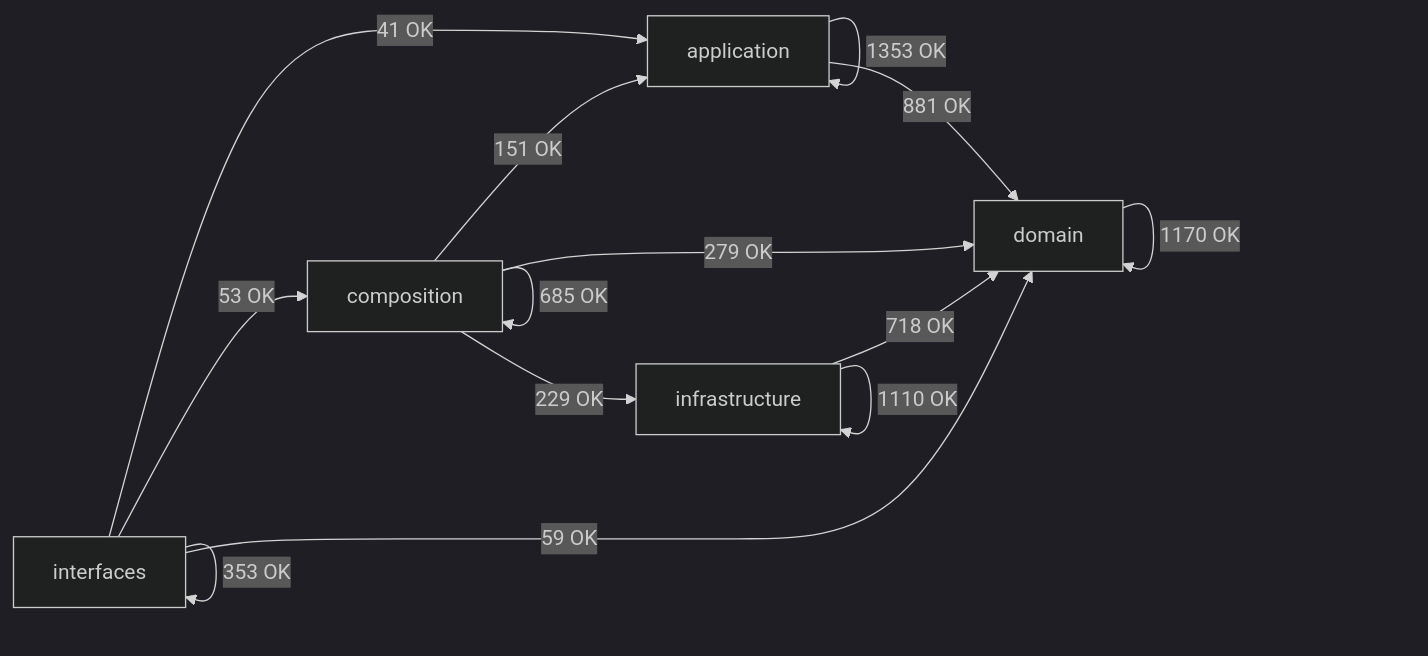
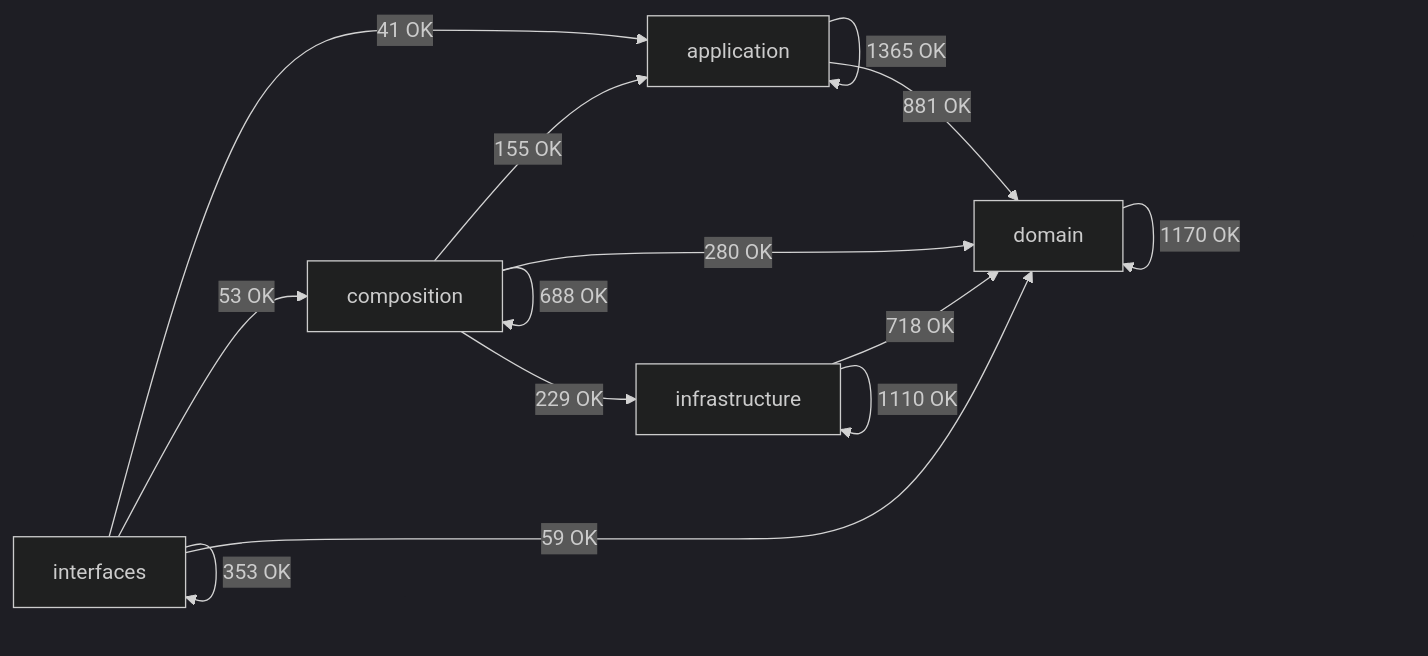
Before and after one commit to SatoryKono/BioactivityDataAcquisition: the diagram in docs/02-architecture/generated/module-dependency-map.md, drawn with Mermaid (dark theme). The commit also changed other lines of this file and 13 other files, not shown here.

````diff
--- a/docs/02-architecture/generated/module-dependency-map.md
+++ b/docs/02-architecture/generated/module-dependency-map.md
@@ -17,21 +17,21 @@
 ```mermaid
 flowchart LR
     domain[domain]
     application[application]
     infrastructure[infrastructure]
     composition[composition]
     interfaces[interfaces]
-    application -->|1353 OK| application
+    application -->|1365 OK| application
     application -->|881 OK| domain
-    composition -->|151 OK| application
-    composition -->|685 OK| composition
-    composition -->|279 OK| domain
+    composition -->|155 OK| application
+    composition -->|688 OK| composition
+    composition -->|280 OK| domain
     composition -->|229 OK| infrastructure
     domain -->|1170 OK| domain
     infrastructure -->|718 OK| domain
     infrastructure -->|1110 OK| infrastructure
     interfaces -->|41 OK| application
     interfaces -->|53 OK| composition
     interfaces -->|59 OK| domain
     interfaces -->|353 OK| interfaces
 ```
````
